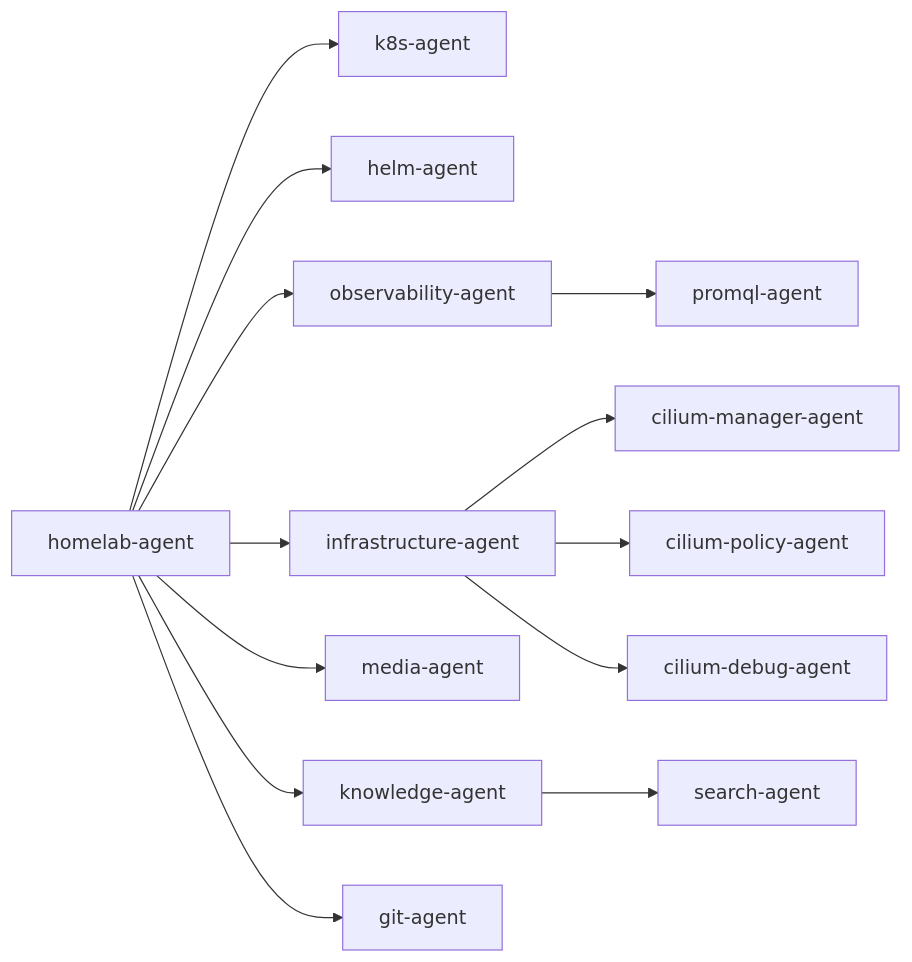
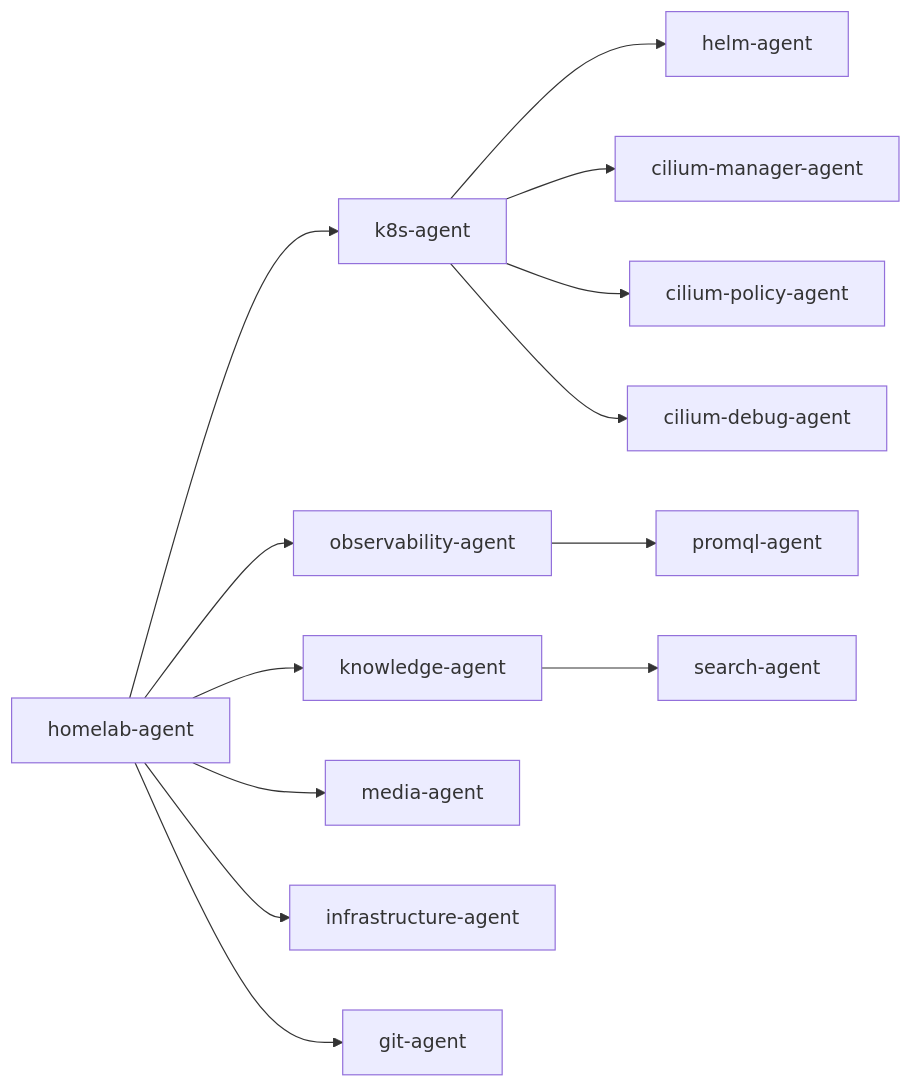
Before and after one commit to Apocrathia/homelab: the diagram in flux/manifests/04-apps/artificial-intelligence/agents/README.md, drawn with Mermaid. The commit also changed 2 other files, not shown here.

Commit message:
refactor(agents): route helm and cilium delegation through k8s-agent
Simplify agent boundaries and avoid cross-namespace delegation edge cases by making
k8s-agent the single Kubernetes-facing delegate from homelab-agent.

- remove direct cilium-agent tool references from infrastructure-agent and narrow its
  scope to Proxmox, TrueNAS, and UniFi operations
- remove direct helm-agent delegation from homelab-agent and route Helm/Flux requests
  through k8s-agent alongside Kubernetes and Cilium workflows
- update homelab-agent skill and system prompt guidance to reflect the new routing
  model and trigger phrase expectations
- update the agents README mermaid graph so delegation paths match runtime behavior
  (`homelab -> k8s`, then `k8s -> helm/cilium-*`)

````diff
--- a/flux/manifests/04-apps/artificial-intelligence/agents/README.md
+++ b/flux/manifests/04-apps/artificial-intelligence/agents/README.md
@@ -36,31 +36,31 @@
 ```mermaid
 flowchart LR
     H[homelab-agent]
     K8S[k8s-agent]
     HELM[helm-agent]
     CILIUM_MGR[cilium-manager-agent]
     OBS[observability-agent]
     PROMQL[promql-agent]
     KNOW[knowledge-agent]
     SEARCH[search-agent]
     MEDIA[media-agent]
     INFRA[infrastructure-agent]
     GIT[git-agent]
     CILIUM_POLICY[cilium-policy-agent]
     CILIUM_DEBUG[cilium-debug-agent]
 
     H --> K8S
-    H --> HELM
     H --> OBS
     H --> MEDIA
     H --> INFRA
     H --> GIT
     H --> KNOW
 
-    INFRA --> CILIUM_MGR
-    INFRA --> CILIUM_POLICY
-    INFRA --> CILIUM_DEBUG
+    K8S --> HELM
+    K8S --> CILIUM_MGR
+    K8S --> CILIUM_POLICY
+    K8S --> CILIUM_DEBUG
 
     KNOW --> SEARCH
     OBS --> PROMQL
 ```
````
